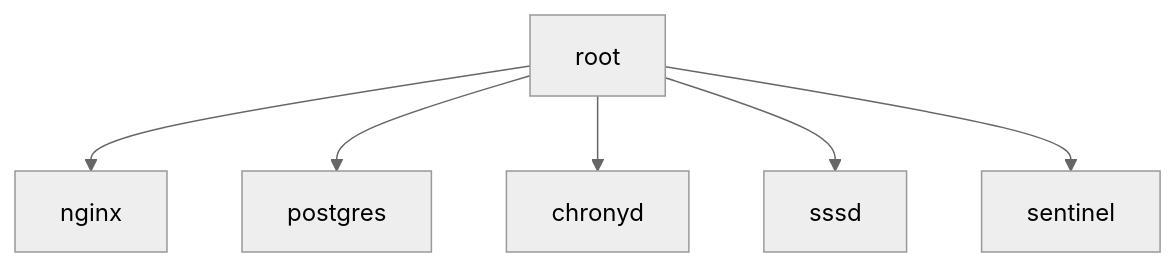
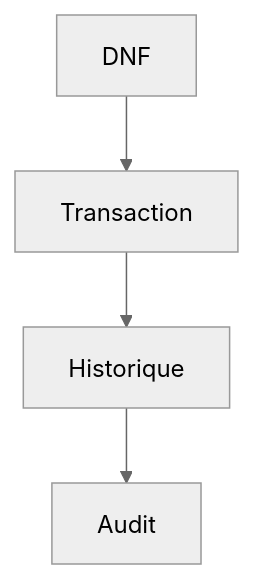
Diagram 14 of 20 in campagne 1/1.5.md (tdelaclos/formations), drawn with Mermaid (neutral theme) before and after one commit. The commit also changed other lines of this file, not shown here.

````diff
--- a/campagne 1/1.5.md
+++ b/campagne 1/1.5.md
@@ -974,15 +863,11 @@
 ```mermaid
 flowchart TD
 
-ROOT["root"]
+A["DNF"]
 
-ROOT --> NGINX["nginx"]
+A --> B["Transaction"]
 
-ROOT --> POSTGRES["postgres"]
+B --> C["Historique"]
 
-ROOT --> CHRONY["chronyd"]
-
-ROOT --> SSSD["sssd"]
-
-ROOT --> SENTINEL["sentinel"]
+C --> D["Audit"]
 ```
````
